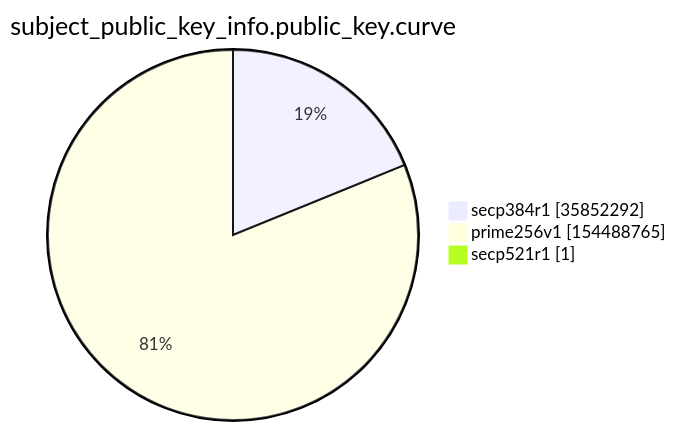
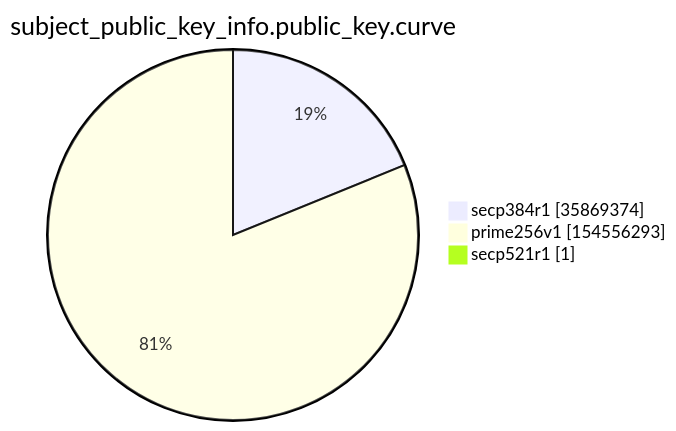
The ninth of 15 diagrams in argon2022/README.md (christiankrug/ctmonitor_visualization), drawn with Mermaid before and after one commit. The commit also changed other lines of this file, not shown here.

````diff
--- a/argon2022/README.md
+++ b/argon2022/README.md
@@ -2765,7 +2766,7 @@
 ```mermaid
 pie showData
 title subject_public_key_info.public_key.curve
-"secp384r1" :35852292
-"prime256v1" :154488765
+"secp384r1" :35869374
+"prime256v1" :154556293
 "secp521r1" :1
 ```
````
